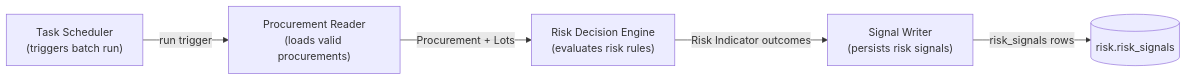
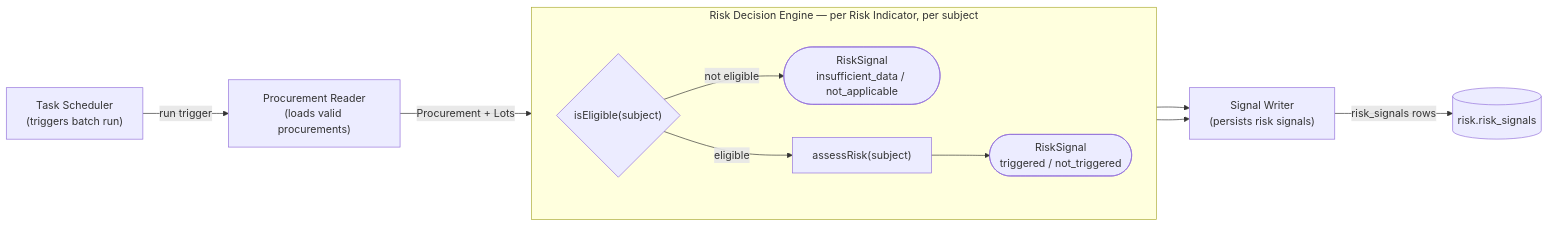
Before and after one commit to Viespirkiu-grupe/viespirkiai: the first of 4 diagrams in docs/indicators-story/risk-service-architecture-v2.md, drawn with Mermaid. The commit also changed other lines of this file, not shown here.

Commit message:
architecture update

````diff
--- a/docs/indicators-story/risk-service-architecture-v2.md
+++ b/docs/indicators-story/risk-service-architecture-v2.md
@@ -9,12 +9,24 @@
 ```mermaid
 flowchart LR
     CRON["Task Scheduler<br/>(triggers batch run)"]
     READER["Procurement Reader<br/>(loads valid procurements)"]
-    ENGINE["Risk Decision Engine<br/>(evaluates risk rules)"]
+
+    subgraph ENGINE["Risk Decision Engine — per Risk Indicator, per subject"]
+        direction LR
+        ELIG{"isEligible(subject)"}
+        ASSESS["assessRisk(subject)"]
+        SIGE(["RiskSignal<br/>insufficient_data / not_applicable"])
+        SIGA(["RiskSignal<br/>triggered / not_triggered"])
+        ELIG -->|" not eligible "| SIGE
+        ELIG -->|" eligible "| ASSESS
+        ASSESS --> SIGA
+    end
+
     WRITER["Signal Writer<br/>(persists risk signals)"]
     STORE[("risk.risk_signals")]
     CRON -->|" run trigger "| READER
-    READER -->|" Procurement + Lots "| ENGINE
-    ENGINE -->|" Risk Indicator outcomes "| WRITER
+    READER -->|" Procurement + Lots "| ELIG
+    SIGE --> WRITER
+    SIGA --> WRITER
     WRITER -->|" risk_signals rows "| STORE
 ```
````
